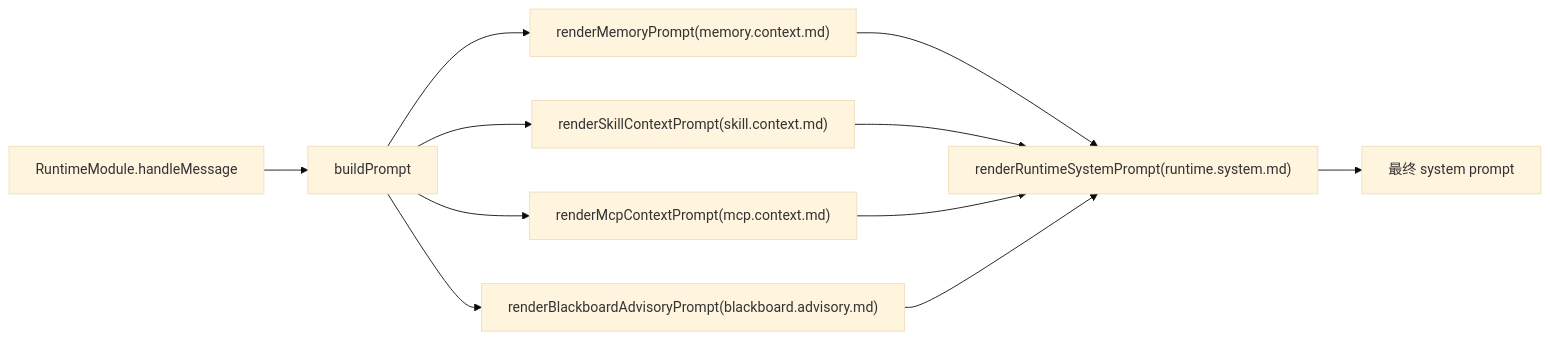
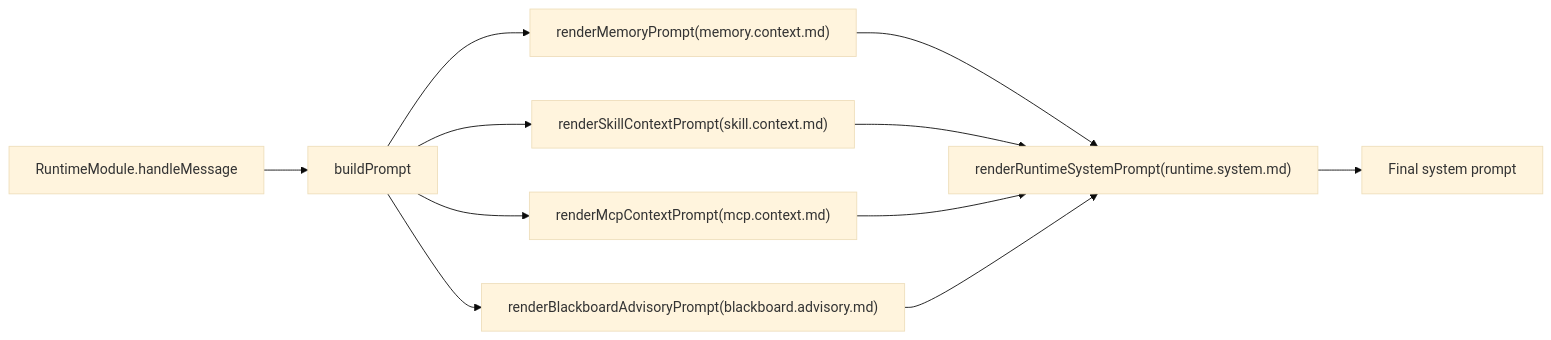
Before and after one commit to flyflor/flyflor: the first of 2 diagrams in docs/prompt.templates.md, drawn with Mermaid (base theme). The commit also changed other lines of this file and 129 other files, not shown here.

````diff
--- a/docs/prompt.templates.md
+++ b/docs/prompt.templates.md
@@ -36,13 +54,13 @@
 ```mermaid
 flowchart LR
     Turn["RuntimeModule.handleMessage"] --> Build["buildPrompt"]
     Build --> R1["renderMemoryPrompt(memory.context.md)"]
     Build --> R2["renderSkillContextPrompt(skill.context.md)"]
     Build --> R3["renderMcpContextPrompt(mcp.context.md)"]
     Build --> R4["renderBlackboardAdvisoryPrompt(blackboard.advisory.md)"]
     R1 --> Sys["renderRuntimeSystemPrompt(runtime.system.md)"]
     R2 --> Sys
     R3 --> Sys
     R4 --> Sys
-    Sys --> Out["最终 system prompt"]
+    Sys --> Out["Final system prompt"]
 ```
````
